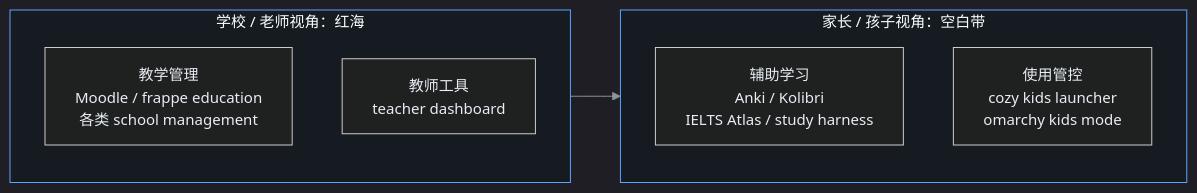
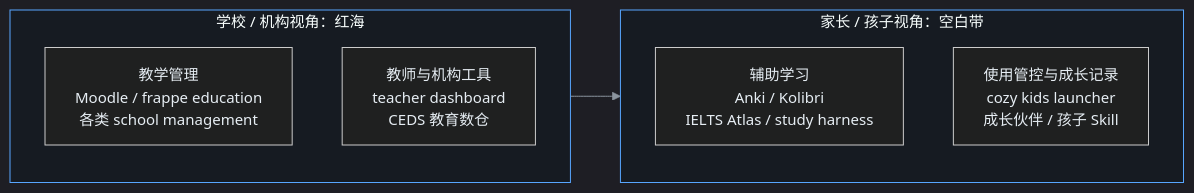
The first of 2 diagrams in drafts/2026年9月24日-小朋友上学场景GitHub调研.md (yeyangchen2009/draft-review), drawn with Mermaid before and after one commit. The commit also changed other lines of this file and 2 other files, not shown here.

````diff
--- a/drafts/2026年9月24日-小朋友上学场景GitHub调研.md
+++ b/drafts/2026年9月24日-小朋友上学场景GitHub调研.md
@@ -47,13 +51,13 @@
 ```mermaid
 %%{init: {'theme':'dark','themeVariables':{'background':'#0d1117','primaryColor':'#1f6feb','primaryTextColor':'#ffffff','primaryBorderColor':'#79c0ff','secondaryColor':'#21262d','tertiaryColor':'#30363d','lineColor':'#8b949e','textColor':'#e6edf3','clusterBkg':'#161b22','clusterBorder':'#58a6ff','edgeLabelBackground':'#21262d','fontSize':'15px'}}}%%
 flowchart LR
-    subgraph S["学校 / 老师视角：红海"]
+    subgraph S["学校 / 机构视角：红海"]
         A["教学管理<br/>Moodle / frappe education<br/>各类 school management"]
-        B["教师工具<br/>teacher dashboard"]
+        B["教师与机构工具<br/>teacher dashboard<br/>CEDS 教育数仓"]
     end
     subgraph F["家长 / 孩子视角：空白带"]
         C["辅助学习<br/>Anki / Kolibri<br/>IELTS Atlas / study harness"]
-        D["使用管控<br/>cozy kids launcher<br/>omarchy kids mode"]
+        D["使用管控与成长记录<br/>cozy kids launcher<br/>成长伙伴 / 孩子 Skill"]
     end
     S --> F
 ```
````
